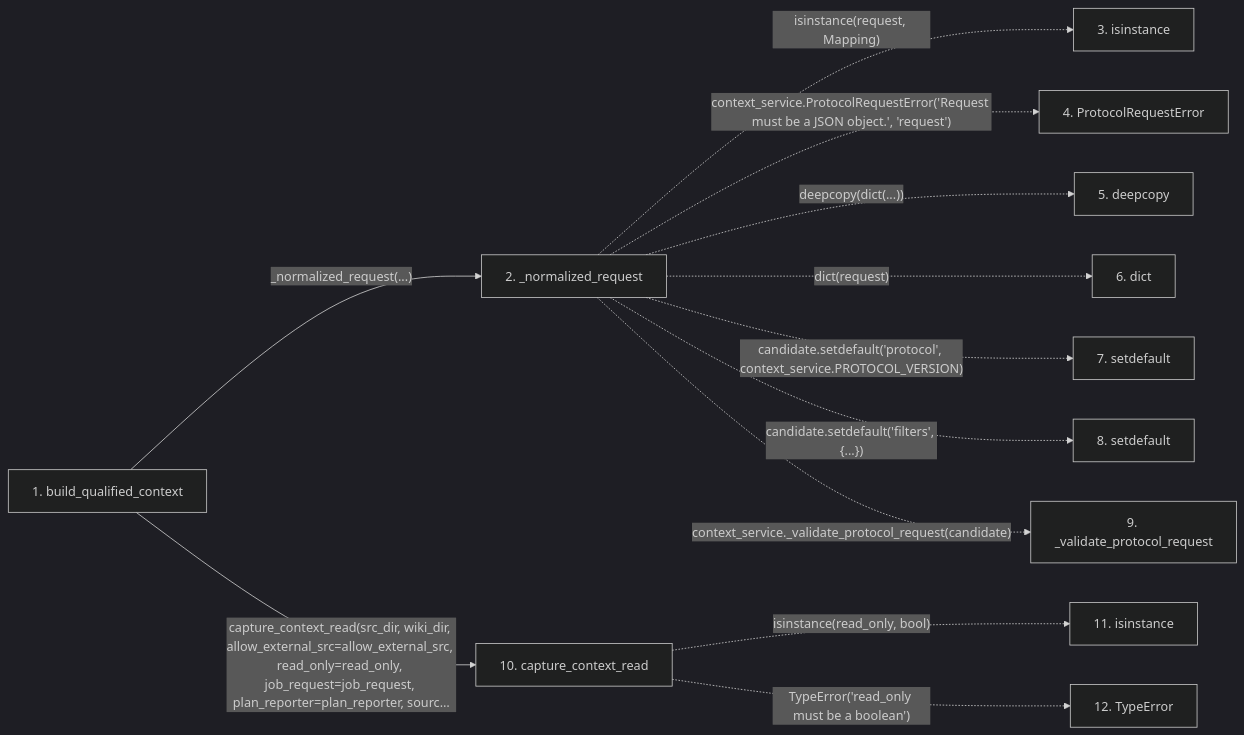
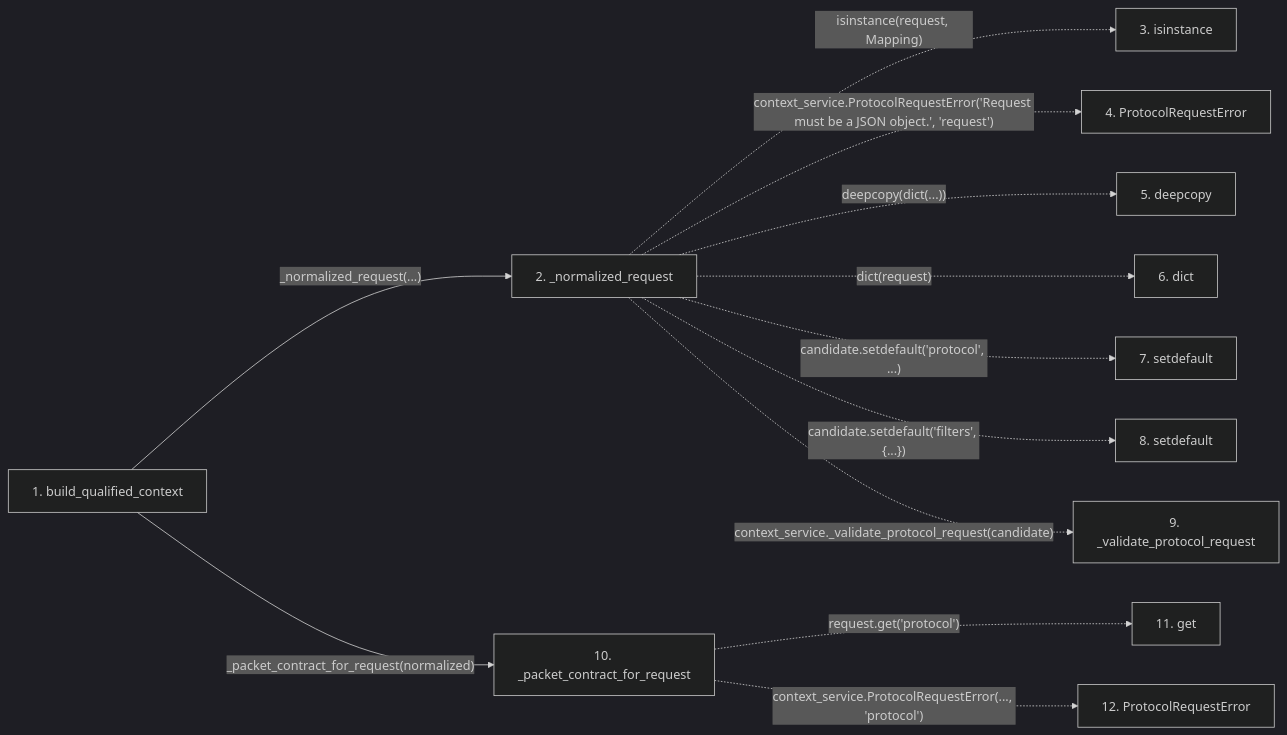
One commit to Denissvgn/python-wiki-llm changed the second of 2 diagrams in docs/llm_wiki/flows/api-build_qualified_context-context_packet.md. Above: the diagram before and after it, drawn with Mermaid (dark theme). The commit also changed other lines of this file and 364 other files, not shown here.

````diff
--- a/docs/llm_wiki/flows/api-build_qualified_context-context_packet.md
+++ b/docs/llm_wiki/flows/api-build_qualified_context-context_packet.md
@@ -95,29 +94,29 @@
 ```mermaid
 flowchart LR
     s1["1. build_qualified_context"]
     s2["2. _normalized_request"]
     s3["3. isinstance"]
     s4["4. ProtocolRequestError"]
     s5["5. deepcopy"]
     s6["6. dict"]
     s7["7. setdefault"]
     s8["8. setdefault"]
     s9["9. _validate_protocol_request"]
-    s10["10. capture_context_read"]
-    s11["11. isinstance"]
-    s12["12. TypeError"]
+    s10["10. _packet_contract_for_request"]
+    s11["11. get"]
+    s12["12. ProtocolRequestError"]
     s1 -->|"_normalized_request(...)"| s2
     s2 -. "isinstance(request, Mapping)" .-> s3
     s2 -. "context_service.ProtocolRequestError('Request must be a JSON object.', 'request')" .-> s4
     s2 -. "deepcopy(dict(...))" .-> s5
     s2 -. "dict(request)" .-> s6
-    s2 -. "candidate.setdefault('protocol', context_service.PROTOCOL_VERSION)" .-> s7
+    s2 -. "candidate.setdefault('protocol', ...)" .-> s7
     s2 -. "candidate.setdefault('filters', {...})" .-> s8
     s2 -. "context_service._validate_protocol_request(candidate)" .-> s9
-    s1 -->|"capture_context_read(src_dir, wiki_dir, allow_external_src=allow_external_src, read_only=read_only, job_request=job_request, plan_reporter=plan_reporter, sourc…"| s10
-    s10 -. "isinstance(read_only, bool)" .-> s11
-    s10 -. "TypeError('read_only must be a boolean')" .-> s12
+    s1 -->|"_packet_contract_for_request(normalized)"| s10
+    s10 -. "request.get('protocol')" .-> s11
+    s10 -. "context_service.ProtocolRequestError(..., 'protocol')" .-> s12
     click s1 "../modules/context_packet.md"
     click s2 "../modules/context_packet.md"
     click s10 "../modules/context_packet.md"
 ```
````
